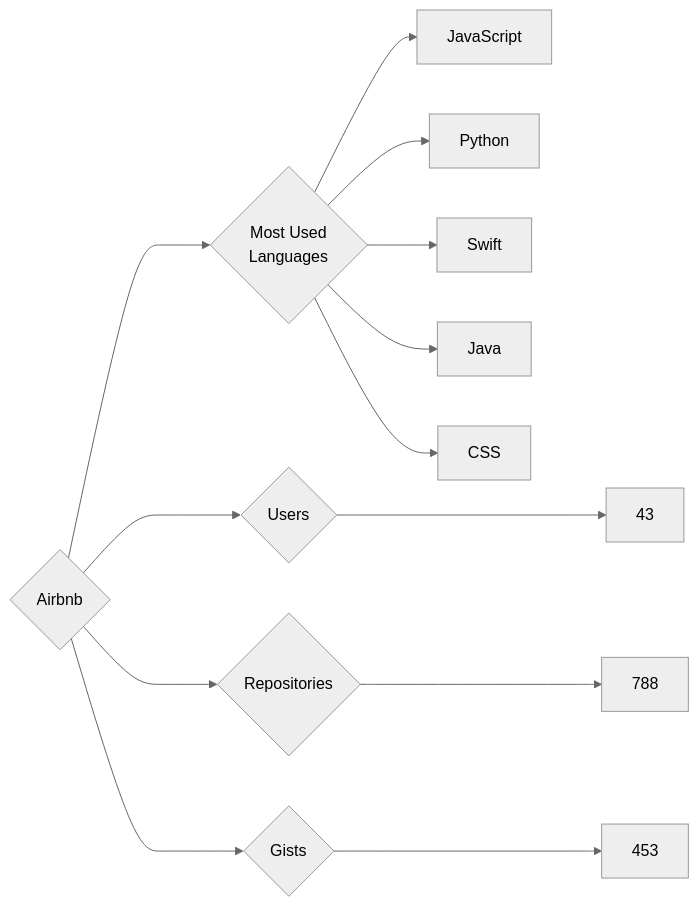
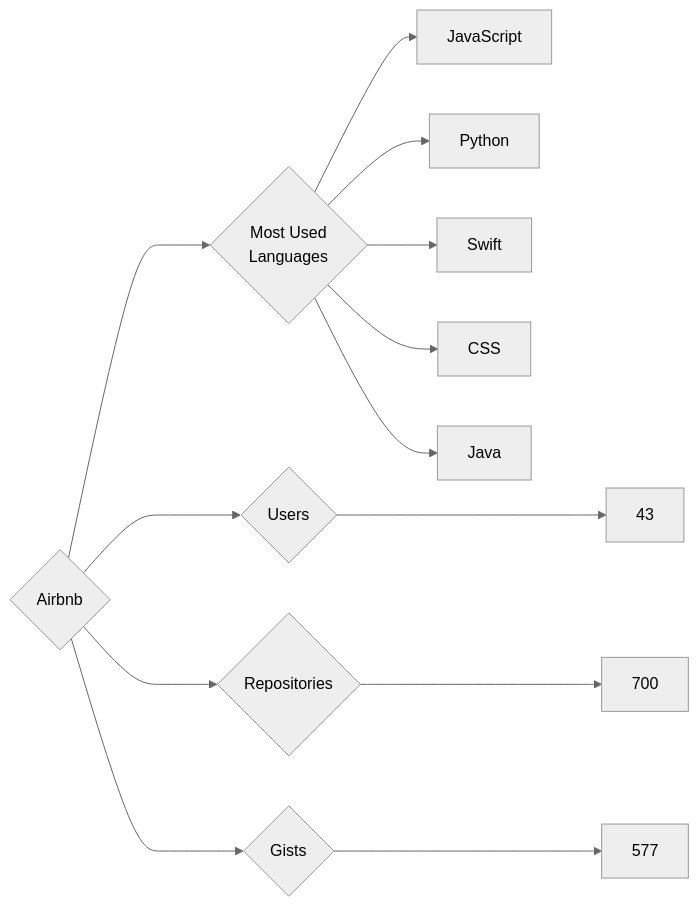
Before and after one commit to trickest/insiders: the diagram in targets/Airbnb/README.md, drawn with Mermaid (neutral theme). The commit also changed 934 other files, not shown here.

````diff
--- a/targets/Airbnb/README.md
+++ b/targets/Airbnb/README.md
@@ -3,13 +3,13 @@
 ```mermaid
 graph LR
 COMPANY_NAME{Airbnb}
 COMPANY_NAME ---> U{Users} ---> UN[43]
-COMPANY_NAME ---> R{Repositories} ---> RN[788]
-COMPANY_NAME ---> G{Gists} ---> GN[453]
+COMPANY_NAME ---> R{Repositories} ---> RN[700]
+COMPANY_NAME ---> G{Gists} ---> GN[577]
 COMPANY_NAME ---> ML{Most Used<br>Languages}
 ML --> JavaScript[JavaScript]
 ML --> Python[Python]
 ML --> Swift[Swift]
+ML --> CSS[CSS]
 ML --> Java[Java]
-ML --> CSS[CSS]
 ```
````
